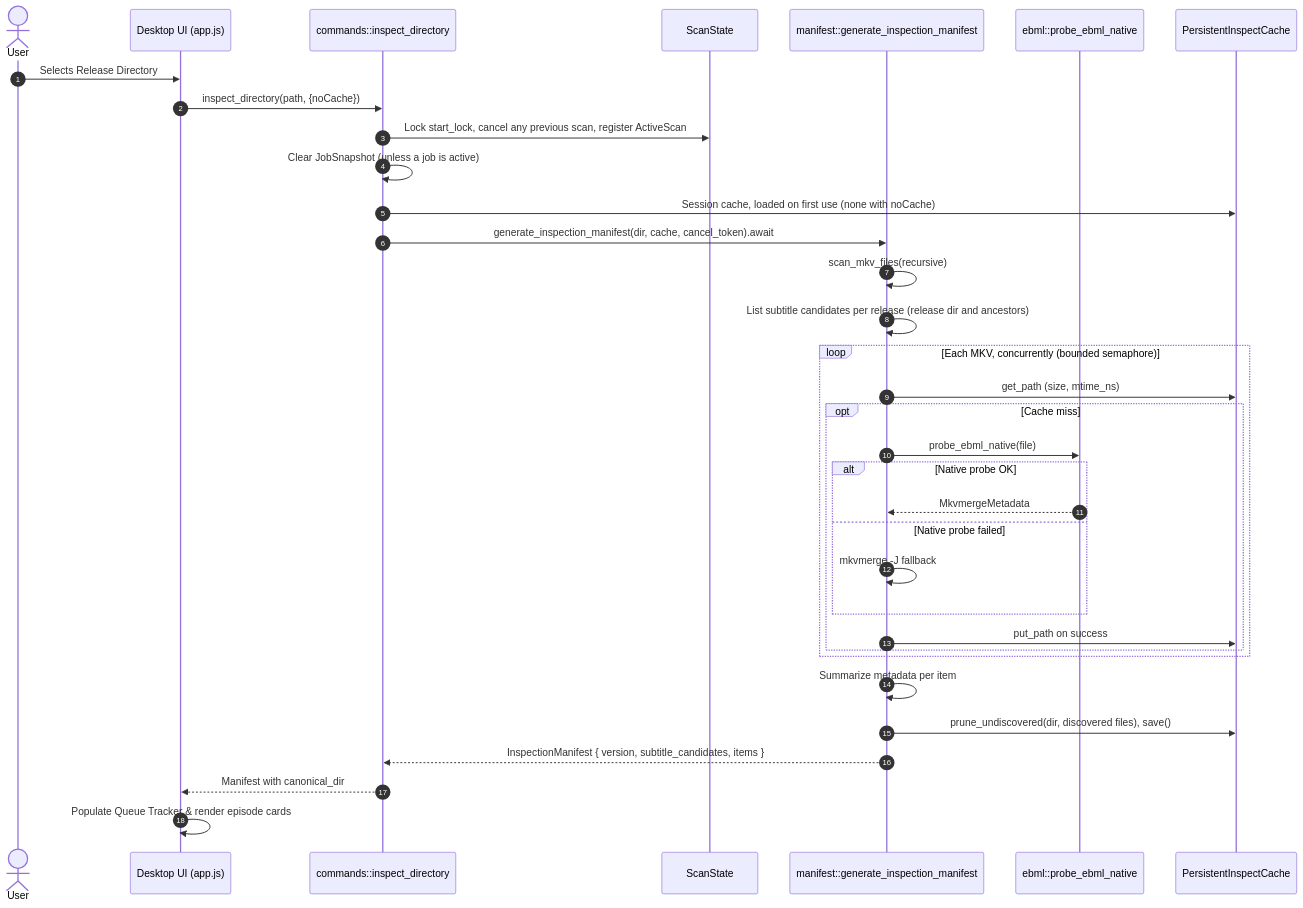
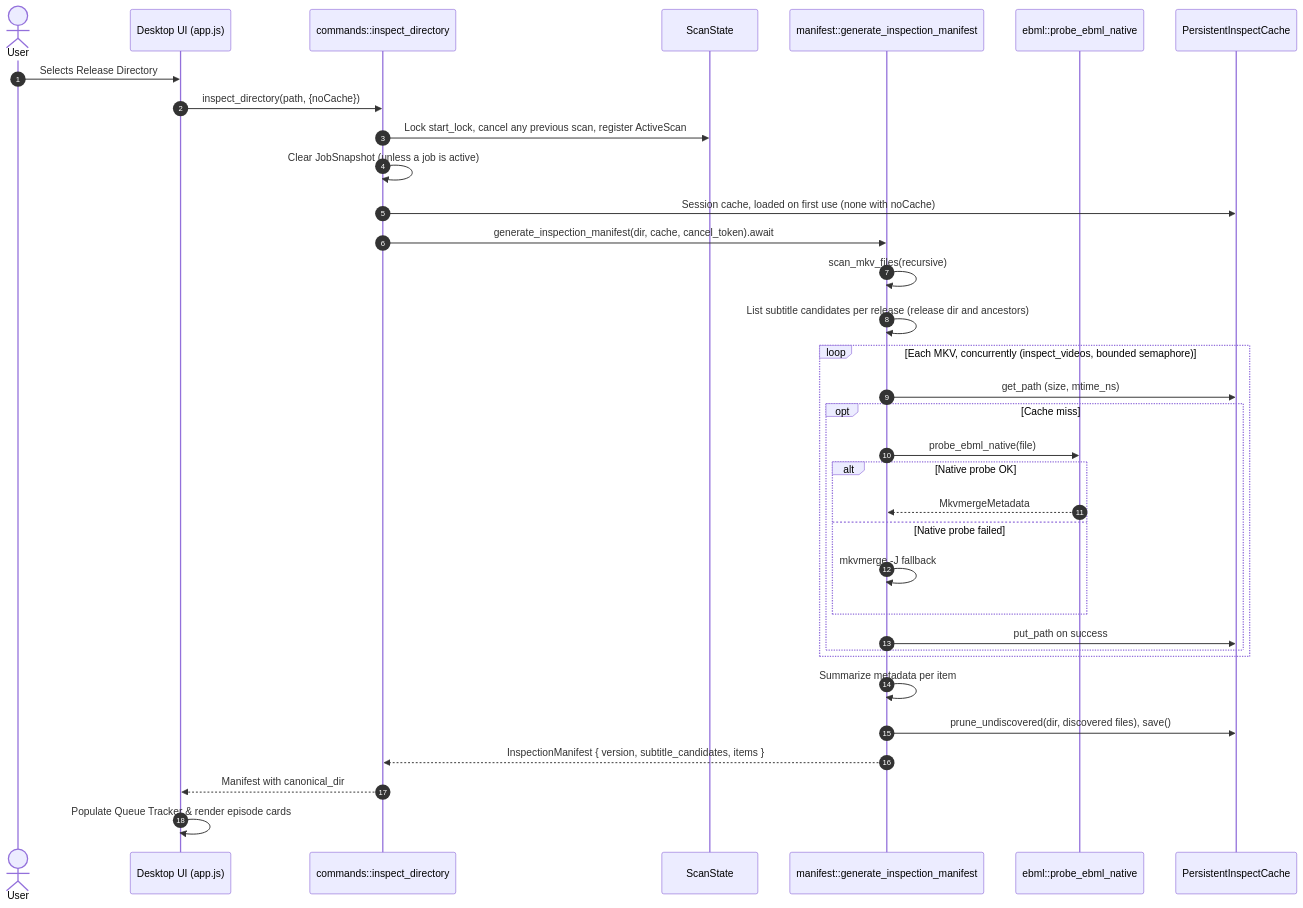
One commit to Si-Forces/mkvanimebatch changed the seventh of 8 diagrams in architecture.md. Above: the diagram before and after it, drawn with Mermaid. The commit also changed other lines of this file and 7 other files, not shown here.

````diff
--- a/architecture.md
+++ b/architecture.md
@@ -563,37 +569,37 @@
 ```mermaid
 sequenceDiagram
     autonumber
     actor User
     participant UI as Desktop UI (app.js)
     participant Cmd as commands::inspect_directory
     participant Scan as ScanState
     participant Core as manifest::generate_inspection_manifest
     participant EBML as ebml::probe_ebml_native
     participant Cache as PersistentInspectCache
 
     User->>UI: Selects Release Directory
     UI->>Cmd: inspect_directory(path, {noCache})
     Cmd->>Scan: Lock start_lock, cancel any previous scan, register ActiveScan
     Cmd->>Cmd: Clear JobSnapshot (unless a job is active)
     Cmd->>Cache: Session cache, loaded on first use (none with noCache)
     Cmd->>Core: generate_inspection_manifest(dir, cache, cancel_token).await
     Core->>Core: scan_mkv_files(recursive)
     Core->>Core: List subtitle candidates per release (release dir and ancestors)
-    loop Each MKV, concurrently (bounded semaphore)
+    loop Each MKV, concurrently (inspect_videos, bounded semaphore)
         Core->>Cache: get_path (size, mtime_ns)
         opt Cache miss
             Core->>EBML: probe_ebml_native(file)
             alt Native probe OK
                 EBML-->>Core: MkvmergeMetadata
             else Native probe failed
                 Core->>Core: mkvmerge -J fallback
             end
             Core->>Cache: put_path on success
         end
     end
     Core->>Core: Summarize metadata per item
     Core->>Cache: prune_undiscovered(dir, discovered files), save()
     Core-->>Cmd: InspectionManifest { version, subtitle_candidates, items }
     Cmd-->>UI: Manifest with canonical_dir
     UI->>UI: Populate Queue Tracker & render episode cards
 ```
````
